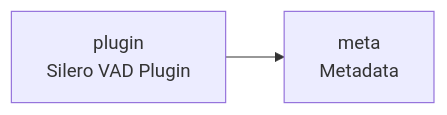
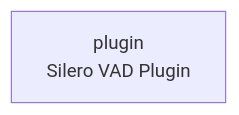
Before and after one commit to cj-mills/cjm-capability-silero-vad: the diagram in README.md, drawn with Mermaid. The commit also changed other lines of this file and 1 other file, not shown here.

````diff
--- a/README.md
+++ b/README.md
@@ -22,7 +21,4 @@
 ``` mermaid
 graph LR
-    meta["meta<br/>Metadata"]
     plugin["plugin<br/>Silero VAD Plugin"]
-
-    plugin --> meta
 ```
````
